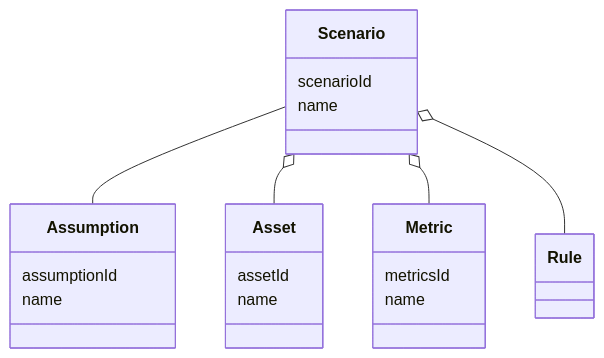
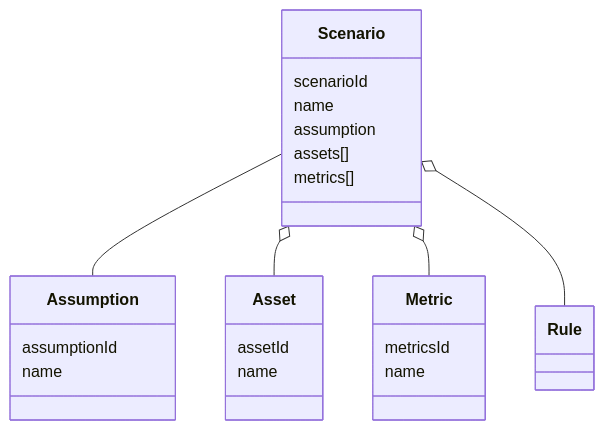
Before and after one commit to hmzk0312/FinancesDSL: the second of 7 diagrams in README.md, drawn with Mermaid. The commit also changed other lines of this file, not shown here.

````diff
--- a/README.md
+++ b/README.md
@@ -54,28 +54,30 @@
 ```mermaid
 classDiagram
     Scenario --  Assumption
     Scenario o-- Asset
     Scenario o-- Metric
     Scenario o-- Rule
 
 class Scenario{
     scenarioId
     name
+    assumption
+    assets[]
+    metrics[]
 }
 
 class Assumption{
     assumptionId
     name
 }
 
 class Asset{
     assetId
     name
 }
 
 class Metric{
     metricsId
     name
 }
-
 ```
````
